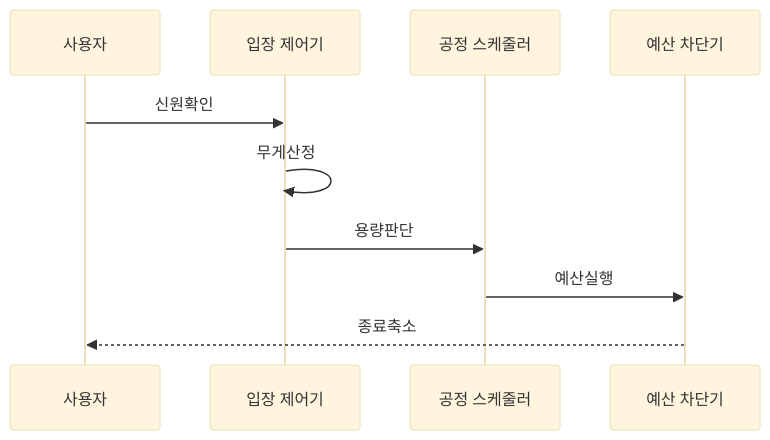
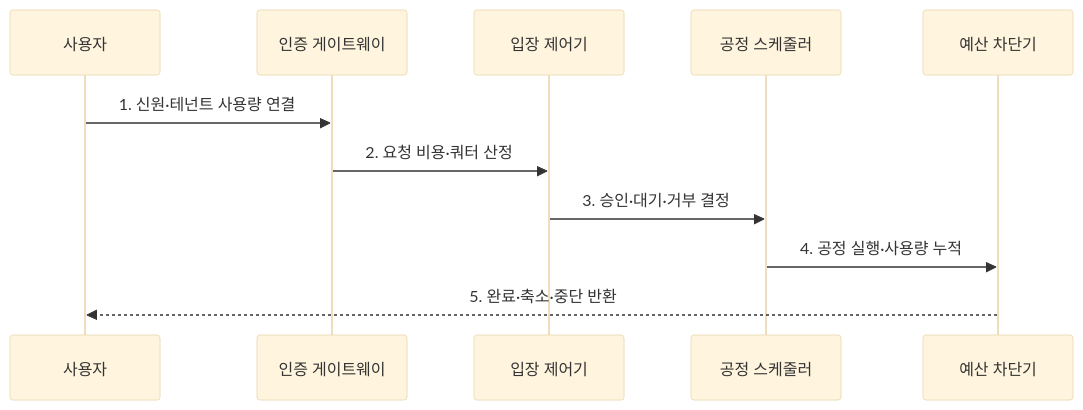
The second of 2 diagrams in src/content/docs/notes/05-security/087_model_denial_of_service.md (agnusdei1207/knowledge-base), drawn with Mermaid (base theme) before and after one commit. The commit also changed other lines of this file and 6 other files, not shown here.

````diff
--- a/src/content/docs/notes/05-security/087_model_denial_of_service.md
+++ b/src/content/docs/notes/05-security/087_model_denial_of_service.md
@@ -79,12 +81,13 @@
 ```mermaid
 sequenceDiagram
     participant U as 사용자
-    participant G as 입장 제어기
+    participant G as 인증 게이트웨이
+    participant A as 입장 제어기
     participant S as 공정 스케줄러
     participant B as 예산 차단기
-    U->>G: 신원확인
-    G->>G: 무게산정
-    G->>S: 용량판단
-    S->>B: 예산실행
-    B-->>U: 종료축소
+    U->>G: 1. 신원·테넌트 사용량 연결
+    G->>A: 2. 요청 비용·쿼터 산정
+    A->>S: 3. 승인·대기·거부 결정
+    S->>B: 4. 공정 실행·사용량 누적
+    B-->>U: 5. 완료·축소·중단 반환
 ```
````
